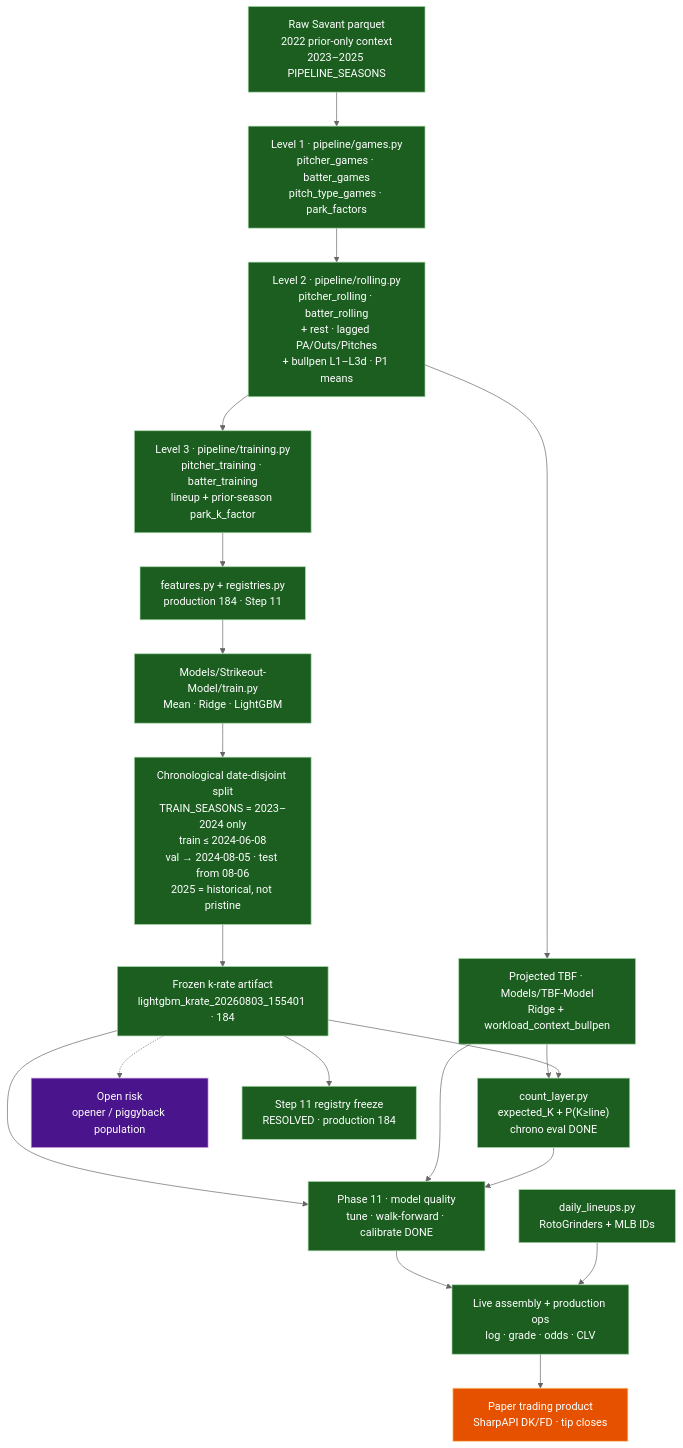
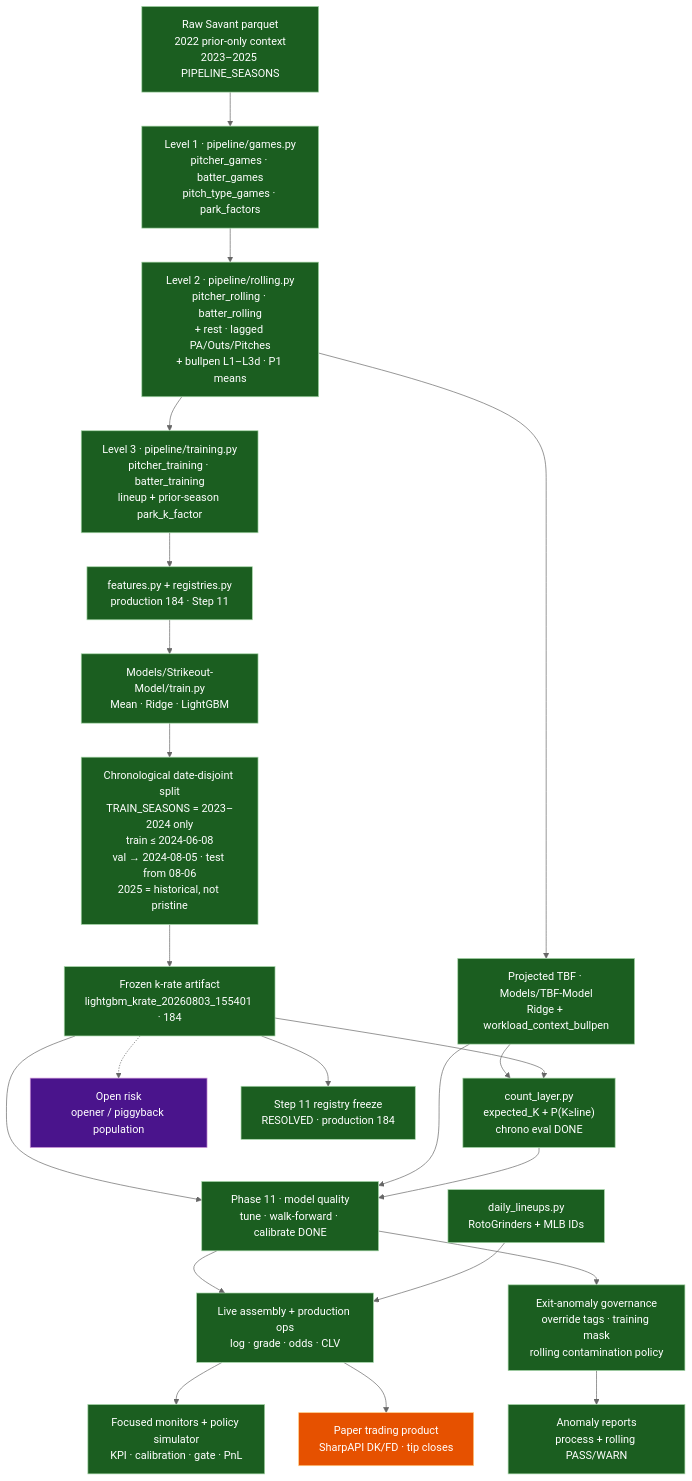
Before and after one commit to Cbkaplinger/MLB-Props: the diagram in docs/diagrams/01-architecture.md, drawn with Mermaid (neutral theme). The commit also changed other lines of this file and 64 other files, not shown here.

First line of the commit message:
Ship anomaly governance and refresh research/ops documentation.

````diff
--- a/docs/diagrams/01-architecture.md
+++ b/docs/diagrams/01-architecture.md
@@ -7,42 +7,47 @@
 ```mermaid
 flowchart TB
   classDef built fill:#1b5e20,stroke:#a5d6a7,color:#fff
   classDef partial fill:#e65100,stroke:#ffcc80,color:#fff
   classDef missing fill:#b71c1c,stroke:#ef9a9a,color:#fff
   classDef risk fill:#4a148c,stroke:#ce93d8,color:#fff
   classDef next fill:#01579b,stroke:#81d4fa,color:#fff
 
   RAW["Raw Savant parquet<br/>2022 prior-only context<br/>2023–2025 PIPELINE_SEASONS"]:::built
 
   L1["Level 1 · pipeline/games.py<br/>pitcher_games · batter_games<br/>pitch_type_games · park_factors"]:::built
   L2["Level 2 · pipeline/rolling.py<br/>pitcher_rolling · batter_rolling<br/>+ rest · lagged PA/Outs/Pitches<br/>+ bullpen L1–L3d · P1 means"]:::built
   L3["Level 3 · pipeline/training.py<br/>pitcher_training · batter_training<br/>lineup + prior-season park_k_factor"]:::built
 
   FEAT["features.py + registries.py<br/>production 184 · Step 11"]:::built
   TRAIN["Models/Strikeout-Model/train.py<br/>Mean · Ridge · LightGBM"]:::built
   CV["Chronological date-disjoint split<br/>TRAIN_SEASONS = 2023–2024 only<br/>train ≤ 2024-06-08<br/>val → 2024-08-05 · test from 08-06<br/>2025 = historical, not pristine"]:::built
   ART["Frozen k-rate artifact<br/>lightgbm_krate_20260803_155401 · 184"]:::built
 
   TBF["Projected TBF · Models/TBF-Model<br/>Ridge + workload_context_bullpen"]:::built
   EXP["count_layer.py<br/>expected_K + P(K≥line)<br/>chrono eval DONE"]:::built
 
   P11["Phase 11 · model quality<br/>tune · walk-forward · calibrate DONE"]:::built
   DL["daily_lineups.py<br/>RotoGrinders + MLB IDs"]:::built
   LIVE["Live assembly + production ops<br/>log · grade · odds · CLV"]:::built
+  ANOM["Exit-anomaly governance<br/>override tags · training mask<br/>rolling contamination policy"]:::built
+  REP["Anomaly reports<br/>process + rolling PASS/WARN"]:::built
+  MON["Focused monitors + policy simulator<br/>KPI · calibration · gate · PnL"]:::built
   MKT["Paper trading product<br/>SharpAPI DK/FD · tip closes"]:::partial
 
   OPEN["Open risk<br/>opener / piggyback population"]:::risk
   REG["Step 11 registry freeze<br/>RESOLVED · production 184"]:::built
 
   RAW --> L1 --> L2 --> L3 --> FEAT --> TRAIN --> CV --> ART
   L2 --> TBF --> EXP
   ART --> EXP
   ART --> P11
   TBF --> P11
   EXP --> P11
   P11 --> LIVE
+  P11 --> ANOM --> REP
   DL --> LIVE
+  LIVE --> MON
   LIVE --> MKT
   ART -.-> OPEN
   ART --> REG
 ```
````
